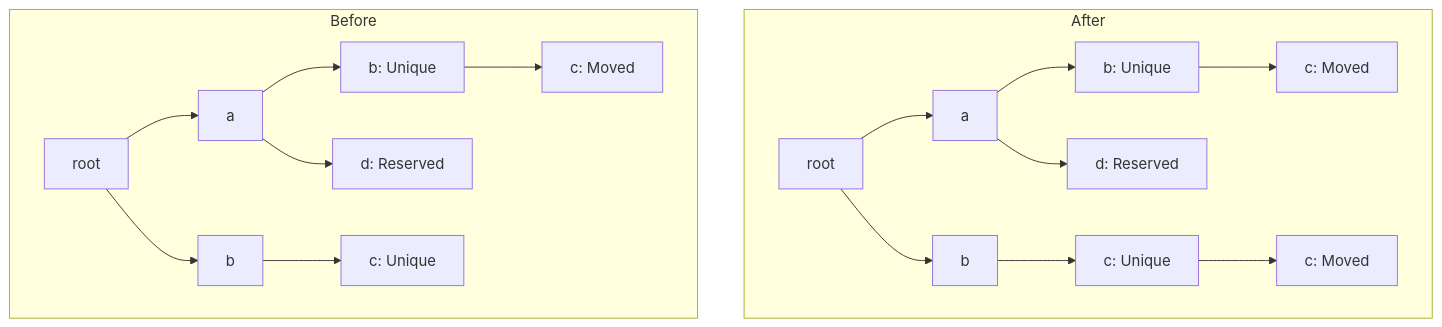
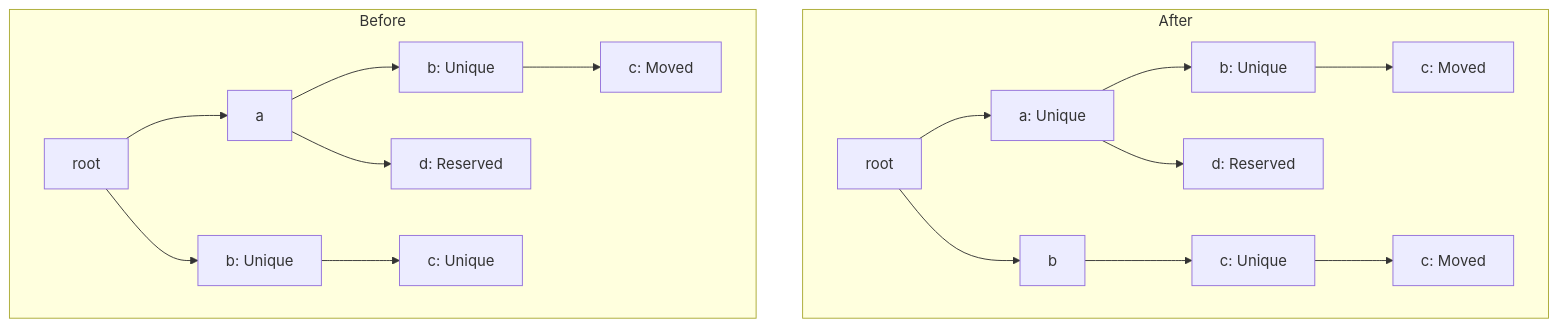
One commit to jesyspa/snakt-design changed the sixth of 7 diagrams in Uniqueness/system-proposals/new-uniqueness-analysis.md. Above: the diagram before and after it, drawn with Mermaid.

Commit message:
Correct uniqueness labels in before/after diagrams

````diff
--- a/Uniqueness/system-proposals/new-uniqueness-analysis.md
+++ b/Uniqueness/system-proposals/new-uniqueness-analysis.md
@@ -155,21 +155,21 @@
 ```mermaid
 graph TB
     subgraph After
        root1["root"] --> a2
        root1 --> b4
-        a2["a"] --> b3["b: Unique"]
+        a2["a: Unique"] --> b3["b: Unique"]
         b3 --> c3["c: Moved"]
         a2 --> d2["d: Reserved"]
         b4["b"] --> c4["c: Unique"]
         c4 --> c5["c: Moved"]
     end
 
     subgraph Before
        root2["root"] --> a1
        root2 --> b2
         a1["a"] --> b1["b: Unique"]
         b1 --> c1["c: Moved"]
         a1 --> d1["d: Reserved"]
-        b2["b"] --> c2["c: Unique"]
+        b2["b: Unique"] --> c2["c: Unique"]
     end
 ```
````
